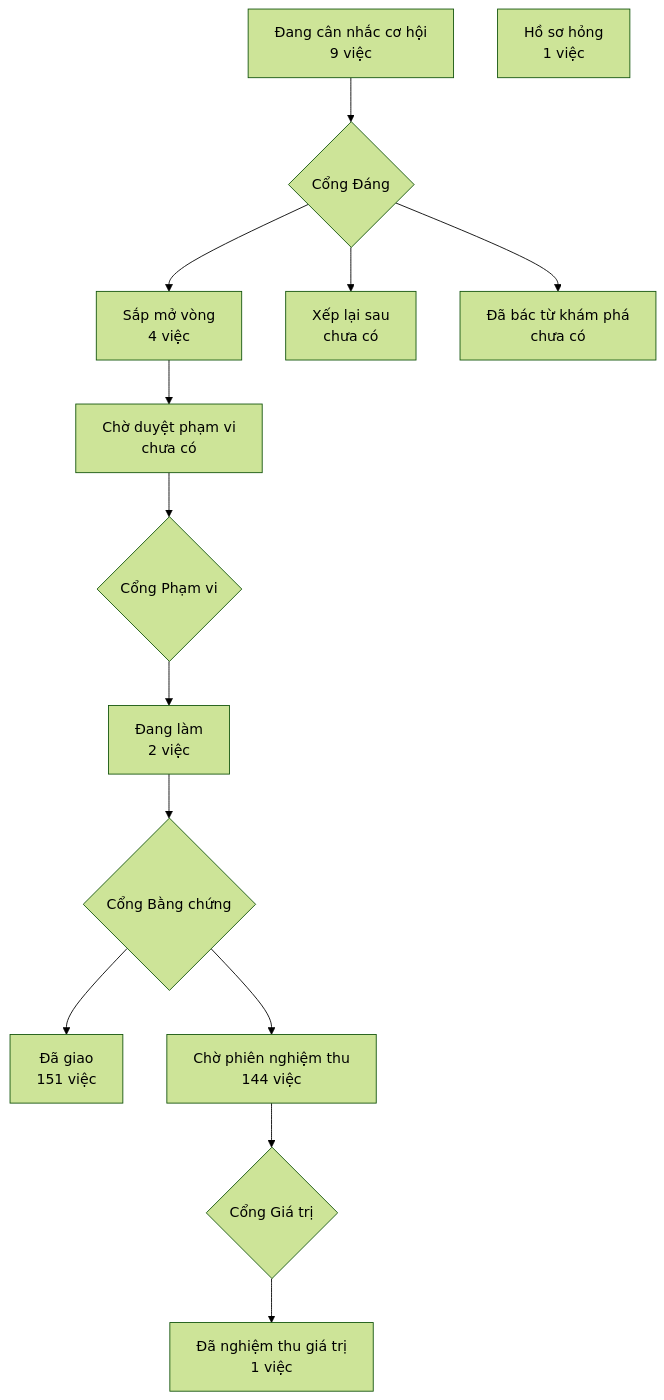
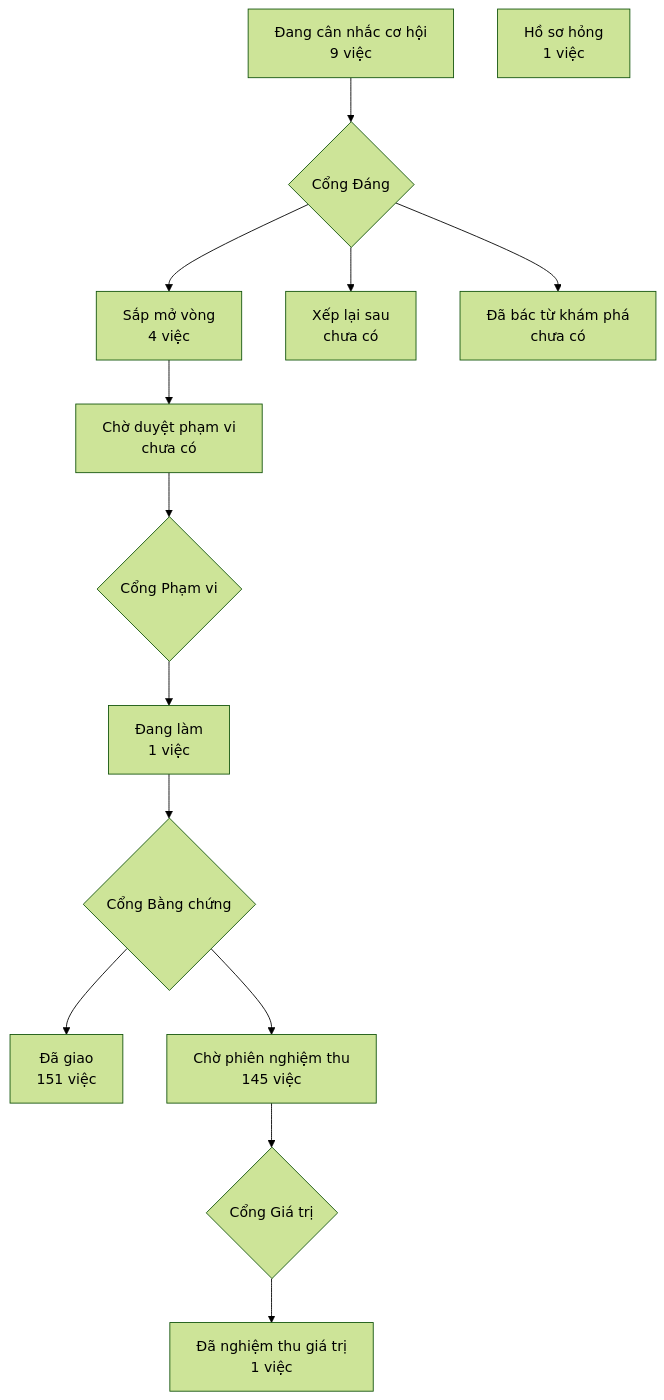
One commit to phanlemanh/crm-onehub changed the diagram in PRODUCT-MAP.md. Above: the diagram before and after it, drawn with Mermaid (forest theme). The commit also changed 4 other files, not shown here.

````diff
--- a/PRODUCT-MAP.md
+++ b/PRODUCT-MAP.md
@@ -7,13 +7,13 @@
 ```mermaid
 flowchart TD
   A["Đang cân nhắc cơ hội<br/>9 việc"] --> GD{"Cổng Đáng"}
   GD --> B["Sắp mở vòng<br/>4 việc"]
   GD --> XL["Xếp lại sau<br/>chưa có"]
   GD --> DB["Đã bác từ khám phá<br/>chưa có"]
   B --> CD["Chờ duyệt phạm vi<br/>chưa có"] --> GP{"Cổng Phạm vi"}
-  GP --> DL["Đang làm<br/>2 việc"] --> GB{"Cổng Bằng chứng"}
+  GP --> DL["Đang làm<br/>1 việc"] --> GB{"Cổng Bằng chứng"}
   GB --> DG["Đã giao<br/>151 việc"]
-  GB --> CN["Chờ phiên nghiệm thu<br/>144 việc"] --> GG{"Cổng Giá trị"}
+  GB --> CN["Chờ phiên nghiệm thu<br/>145 việc"] --> GG{"Cổng Giá trị"}
   GG --> NT["Đã nghiệm thu giá trị<br/>1 việc"]
   HS["Hồ sơ hỏng<br/>1 việc"]
 ```
````
